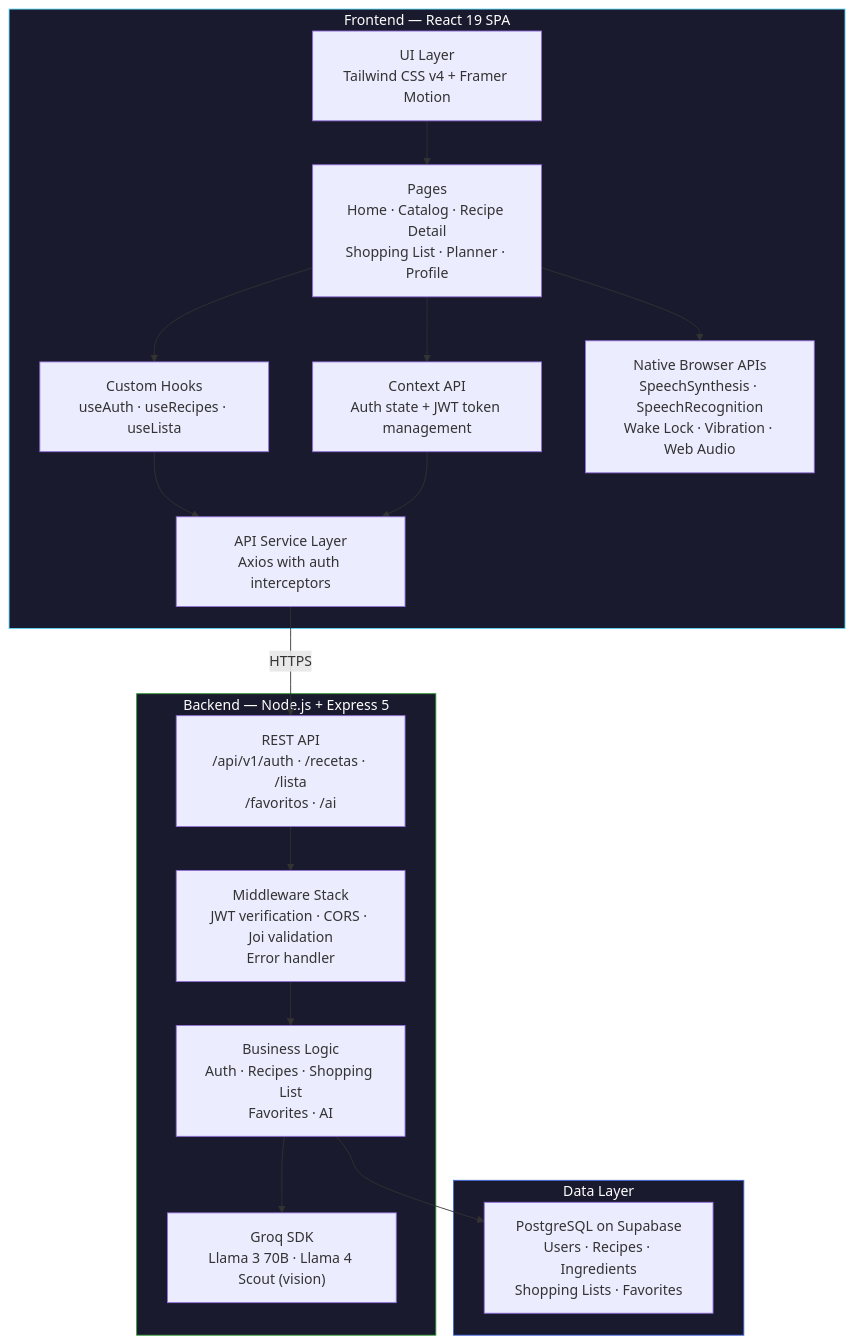
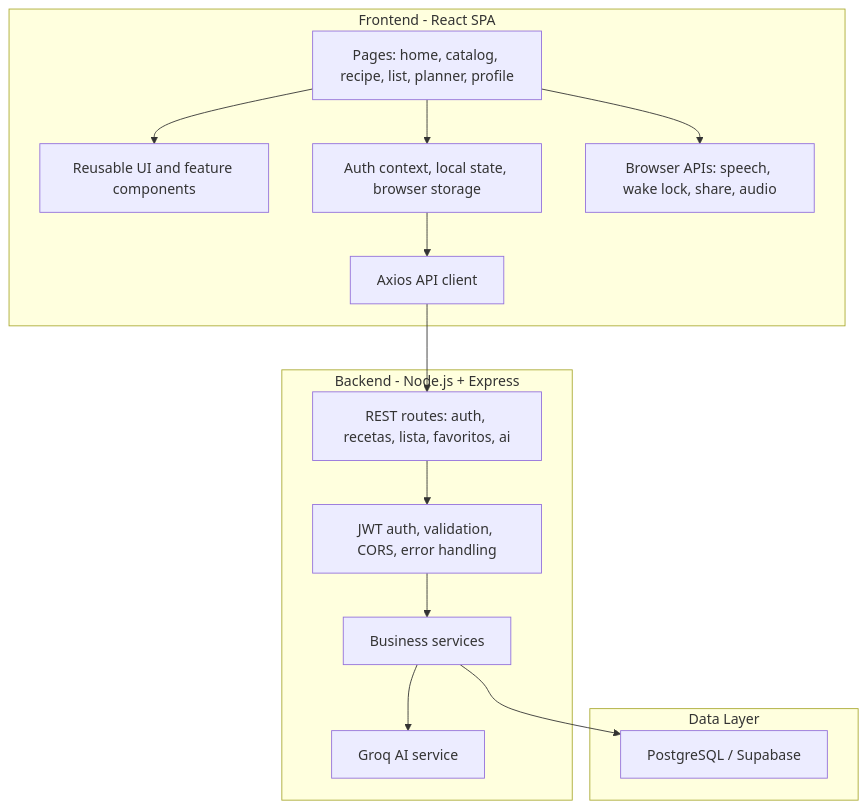
The diagram in README.md (yaboula/Recetas-Hacendado), drawn with Mermaid before and after one commit. The commit also changed other lines of this file and 10 other files, not shown here.

````diff
--- a/README.md
+++ b/README.md
@@ -127,38 +55,31 @@
 ```mermaid
 graph TB
-    subgraph Client ["Frontend — React 19 SPA"]
-        UI["UI Layer<br/>Tailwind CSS v4 + Framer Motion"]
-        PAGES["Pages<br/>Home · Catalog · Recipe Detail<br/>Shopping List · Planner · Profile"]
-        CTX["Context API<br/>Auth state + JWT token management"]
-        HOOKS["Custom Hooks<br/>useAuth · useRecipes · useLista"]
-        API_CLIENT["API Service Layer<br/>Axios with auth interceptors"]
-        BROWSER["Native Browser APIs<br/>SpeechSynthesis · SpeechRecognition<br/>Wake Lock · Vibration · Web Audio"]
+    subgraph Client["Frontend - React SPA"]
+        Pages["Pages: home, catalog, recipe, list, planner, profile"]
+        Components["Reusable UI and feature components"]
+        State["Auth context, local state, browser storage"]
+        ApiClient["Axios API client"]
+        BrowserApis["Browser APIs: speech, wake lock, share, audio"]
     end
 
-    subgraph Server ["Backend — Node.js + Express 5"]
-        ROUTES["REST API<br/>/api/v1/auth · /recetas · /lista<br/>/favoritos · /ai"]
-        MW["Middleware Stack<br/>JWT verification · CORS · Joi validation<br/>Error handler"]
-        MODULES["Business Logic<br/>Auth · Recipes · Shopping List<br/>Favorites · AI"]
-        GROQ["Groq SDK<br/>Llama 3 70B · Llama 4 Scout (vision)"]
+    subgraph Server["Backend - Node.js + Express"]
+        Routes["REST routes: auth, recetas, lista, favoritos, ai"]
+        Middleware["JWT auth, validation, CORS, error handling"]
+        Services["Business services"]
+        Ai["Groq AI service"]
     end
 
-    subgraph Data ["Data Layer"]
-        PG["PostgreSQL on Supabase<br/>Users · Recipes · Ingredients<br/>Shopping Lists · Favorites"]
+    subgraph Data["Data Layer"]
+        Db["PostgreSQL / Supabase"]
     end
 
-    UI --> PAGES
-    PAGES --> CTX
-    PAGES --> HOOKS
-    PAGES --> BROWSER
-    HOOKS --> API_CLIENT
-    CTX --> API_CLIENT
-    API_CLIENT -->|HTTPS| ROUTES
-    ROUTES --> MW
-    MW --> MODULES
-    MODULES --> PG
-    MODULES --> GROQ
-
-    style Client fill:#1a1a2e,stroke:#61DAFB,color:#fff
-    style Server fill:#1a1a2e,stroke:#339933,color:#fff
-    style Data fill:#1a1a2e,stroke:#4169E1,color:#fff
+    Pages --> Components
+    Pages --> State
+    Pages --> BrowserApis
+    State --> ApiClient
+    ApiClient --> Routes
+    Routes --> Middleware
+    Middleware --> Services
+    Services --> Db
+    Services --> Ai
 ```
````
